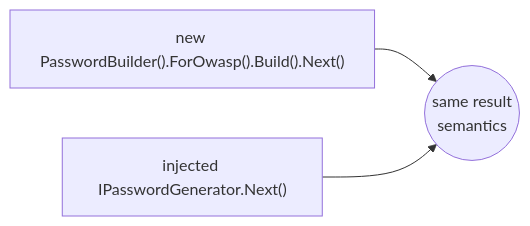
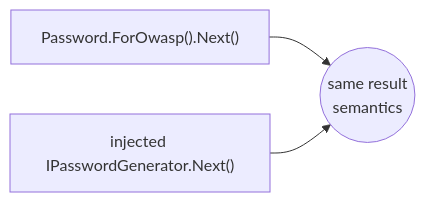
One commit to prjseal/PasswordGenerator changed the third of 3 diagrams in docs/v3-target/configuration-and-di.md. Above: the diagram before and after it, drawn with Mermaid. The commit also changed other lines of this file and 7 other files, not shown here.

````diff
--- a/docs/v3-target/configuration-and-di.md
+++ b/docs/v3-target/configuration-and-di.md
@@ -64,5 +65,5 @@
 ```mermaid
 flowchart LR
-    P1["new PasswordBuilder().ForOwasp().Build().Next()"] --> Same(("same result<br/>semantics"))
+    P1["Password.ForOwasp().Next()"] --> Same(("same result<br/>semantics"))
     P2["injected IPasswordGenerator.Next()"] --> Same
 ```
````
